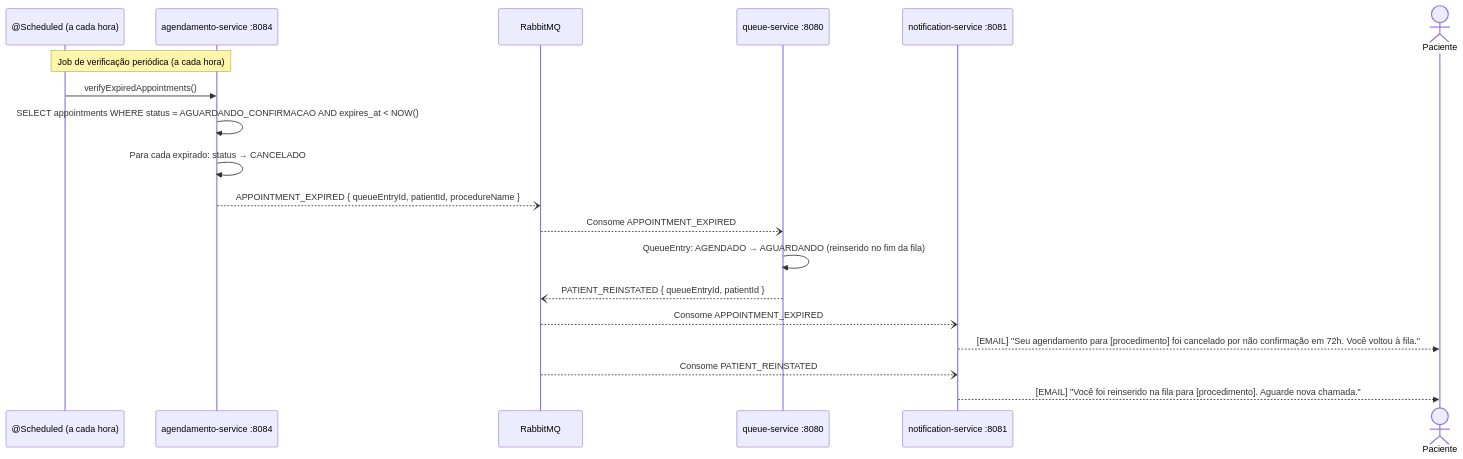
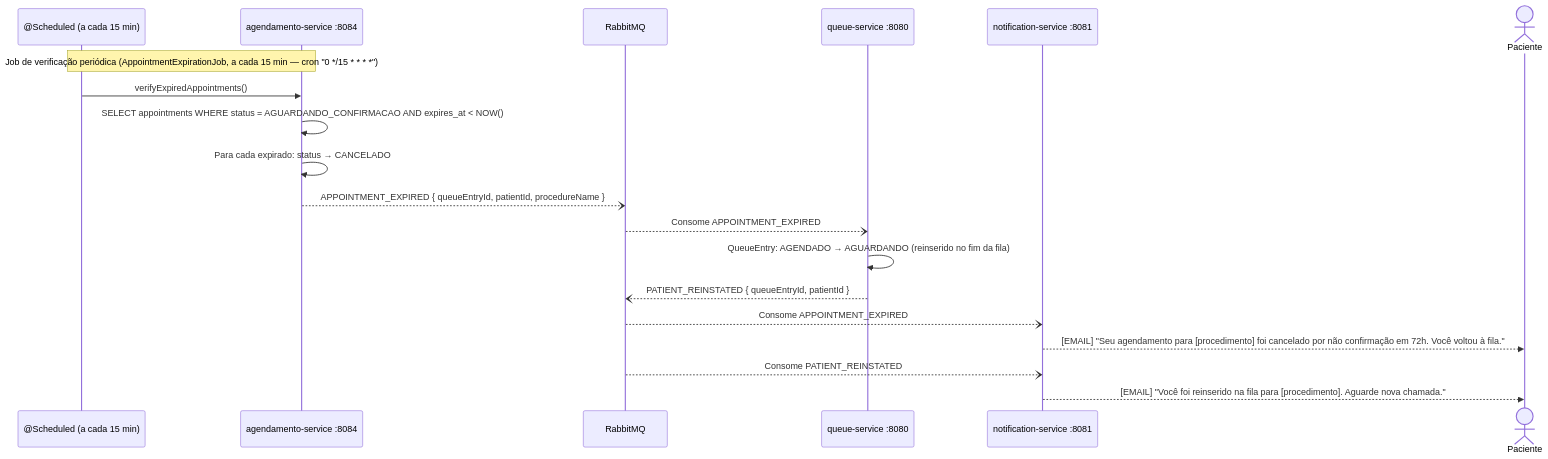
One commit to LucasBruner/Morbus changed diagram 12 of 13 in docs/sequencias-diagrama.md. Above: the diagram before and after it, drawn with Mermaid. The commit also changed other lines of this file and 6 other files, not shown here.

````diff
--- a/docs/sequencias-diagrama.md
+++ b/docs/sequencias-diagrama.md
@@ -553,26 +553,26 @@
 ```mermaid
 sequenceDiagram
-    participant Job as @Scheduled (a cada hora)
+    participant Job as @Scheduled (a cada 15 min)
     participant AS as agendamento-service :8084
     participant MQ as RabbitMQ
     participant QS as queue-service :8080
     participant NS as notification-service :8081
     actor Paciente
 
-    Note over Job,AS: Job de verificação periódica (a cada hora)
+    Note over Job,AS: Job de verificação periódica (AppointmentExpirationJob, a cada 15 min — cron "0 */15 * * * *")
 
     Job->>AS: verifyExpiredAppointments()
     AS->>AS: SELECT appointments WHERE status = AGUARDANDO_CONFIRMACAO AND expires_at < NOW()
     AS->>AS: Para cada expirado: status → CANCELADO
     AS--)MQ: APPOINTMENT_EXPIRED { queueEntryId, patientId, procedureName }
 
     MQ--)QS: Consome APPOINTMENT_EXPIRED
     QS->>QS: QueueEntry: AGENDADO → AGUARDANDO (reinserido no fim da fila)
     QS--)MQ: PATIENT_REINSTATED { queueEntryId, patientId }
 
     MQ--)NS: Consome APPOINTMENT_EXPIRED
     NS-->>Paciente: [EMAIL] "Seu agendamento para [procedimento] foi cancelado por não confirmação em 72h. Você voltou à fila."
 
     MQ--)NS: Consome PATIENT_REINSTATED
     NS-->>Paciente: [EMAIL] "Você foi reinserido na fila para [procedimento]. Aguarde nova chamada."
 ```
````
